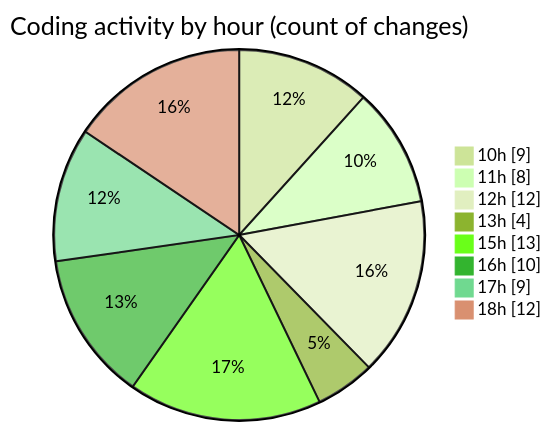
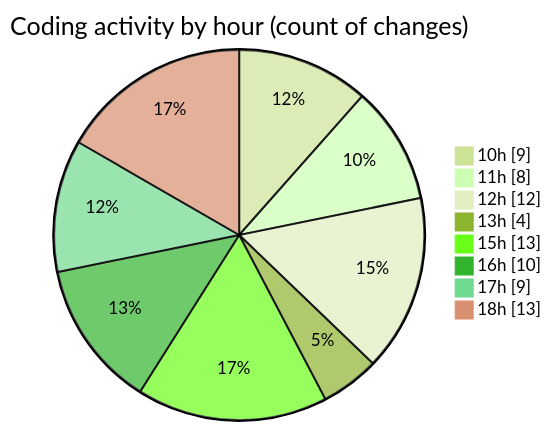
One commit to nxtqubesakshisongat/code-tracking changed the second of 2 diagrams in 2026-04-16/airfeed-analytics-dashboard/README.md. Above: the diagram before and after it, drawn with Mermaid (forest theme). The commit also changed other lines of this file and 1 other file, not shown here.

````diff
--- a/2026-04-16/airfeed-analytics-dashboard/README.md
+++ b/2026-04-16/airfeed-analytics-dashboard/README.md
@@ -42,12 +42,12 @@
 ```mermaid
 pie showData
 title Coding activity by hour (count of changes)
 "10h" : 9
 "11h" : 8
 "12h" : 12
 "13h" : 4
 "15h" : 13
 "16h" : 10
 "17h" : 9
-"18h" : 12
+"18h" : 13
 ```
````
